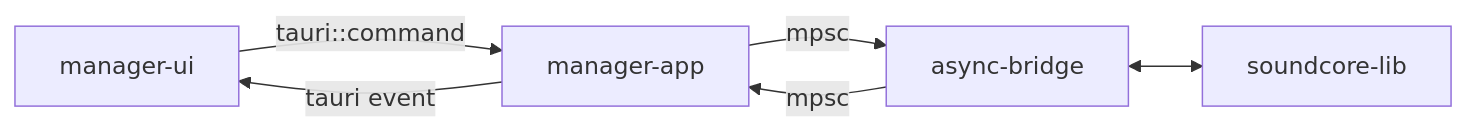
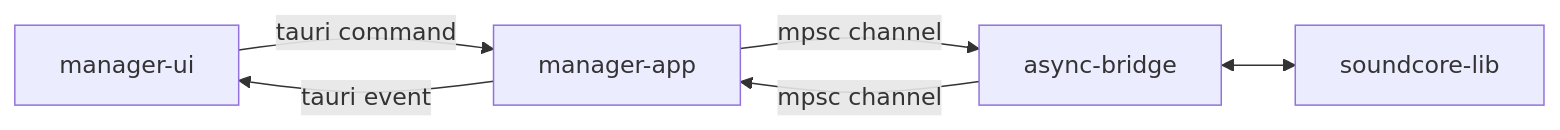
One commit to gmallios/SoundcoreManager changed the diagram in docs/ao.md. Above: the diagram before and after it, drawn with Mermaid. The commit also changed 19 other files, not shown here.

````diff
--- a/docs/ao.md
+++ b/docs/ao.md
@@ -2,8 +2,8 @@
 ```mermaid
 flowchart LR
-        manager-ui  -->|tauri::command| manager-app
+        manager-ui  -->|tauri command| manager-app
         manager-app -->|tauri event| manager-ui
-        manager-app -->|mpsc| async-bridge
-        async-bridge -->|mpsc| manager-app
+        manager-app -->|mpsc channel| async-bridge
+        async-bridge -->|mpsc channel| manager-app
         async-bridge <--> soundcore-lib
 ```
````
